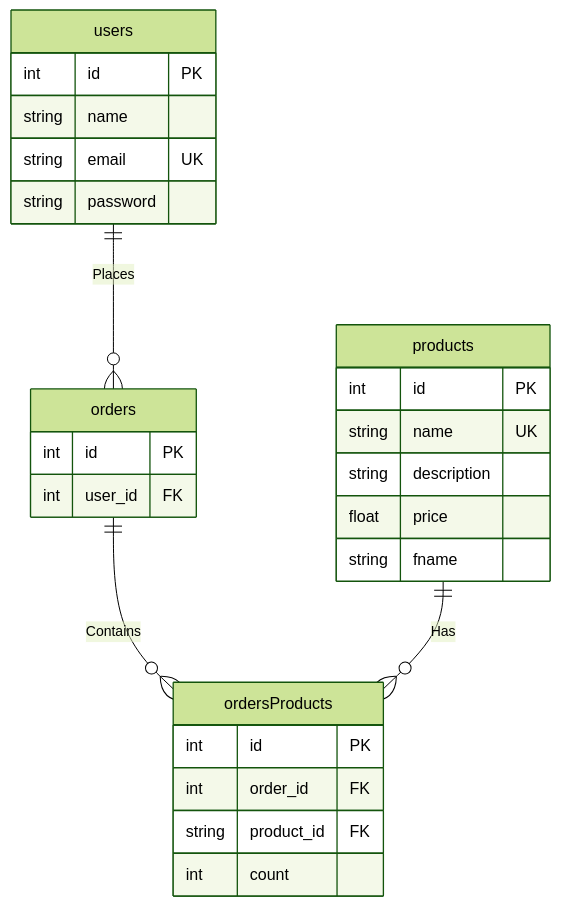
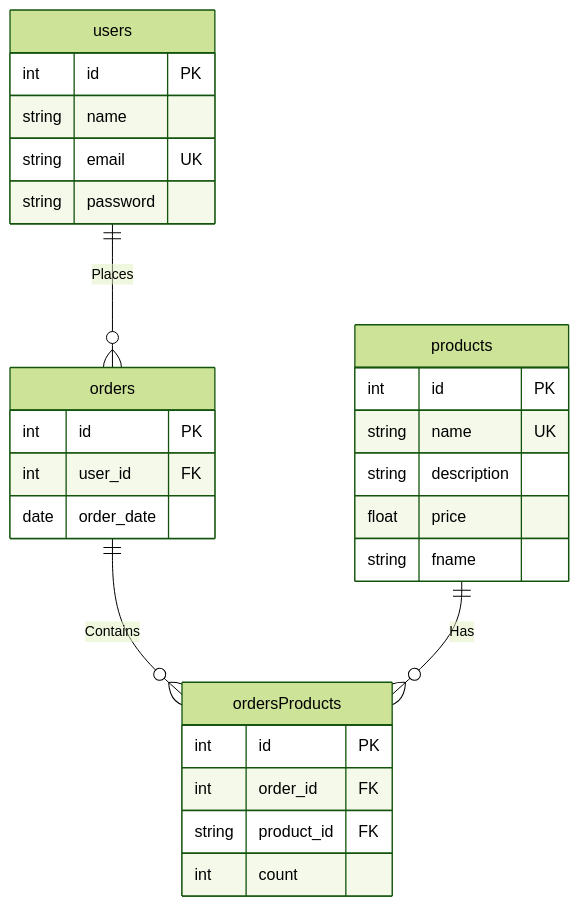
Before and after one commit to JeroenHeemskerk/educom-webshop-database-1712914670: the diagram in Diagrams/ERD.md, drawn with Mermaid (forest theme).

Commit message:
02A: opdr 3.2, issue 3; datum toegevoegd aan orders tabel

````diff
--- a/Diagrams/ERD.md
+++ b/Diagrams/ERD.md
@@ -1,29 +1,30 @@
 ```mermaid
 erDiagram
     users ||--o{ orders : Places
     users {
         int    id       PK
         string name
         string email    UK
         string password
     }    
     orders {
         int id      PK
         int user_id FK
+        date order_date
     }
     products {
         int    id          PK
         string name        UK
         string description
         float price
         string fname
     }
     orders ||--o{ordersProducts: Contains
     products ||--o{ordersProducts: Has
     ordersProducts {
         int    id         PK
         int    order_id   FK
         string product_id FK
         int    count
     }
 ```
````
